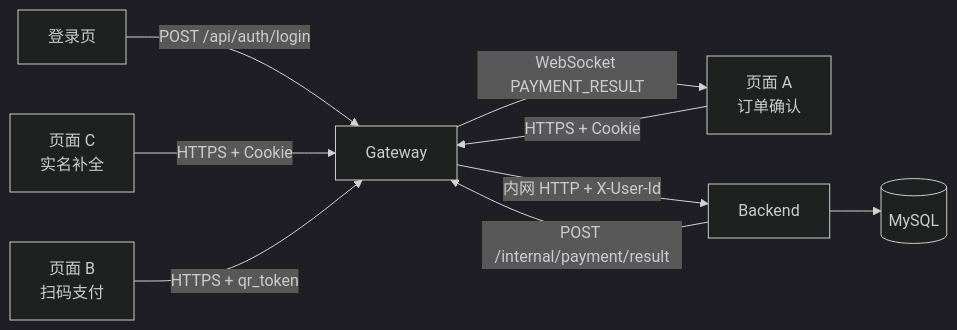
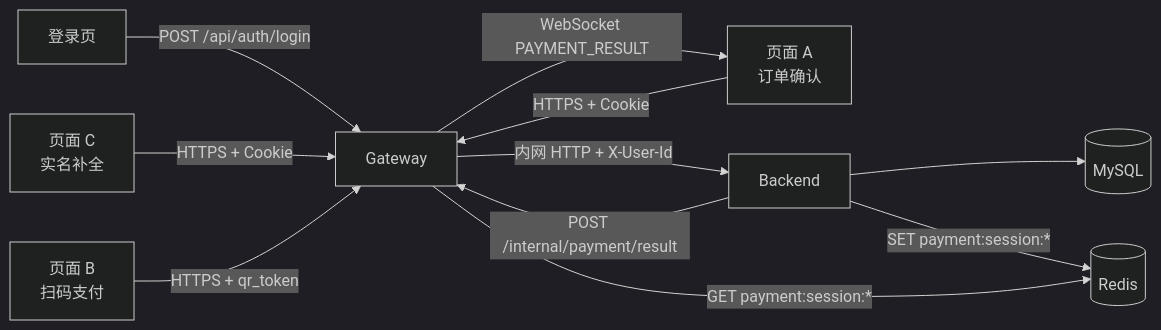
The diagram in 项目文档.md (XianShengZhou-bit/paid_server), drawn with Mermaid (dark theme) before and after one commit. The commit also changed other lines of this file and 55 other files, not shown here.

````diff
--- a/项目文档.md
+++ b/项目文档.md
@@ -63,12 +71,14 @@
 ```mermaid
 flowchart LR
     Login[登录页] -->|POST /api/auth/login| Gateway
     PageA[页面 A\n订单确认] -->|HTTPS + Cookie| Gateway
     PageC[页面 C\n实名补全] -->|HTTPS + Cookie| Gateway
     PageB[页面 B\n扫码支付] -->|HTTPS + qr_token| Gateway
 
     Gateway -->|内网 HTTP + X-User-Id| Backend
     Backend --> MySQL[(MySQL)]
+    Backend -->|SET payment:session:*| Redis[(Redis)]
+    Gateway -->|GET payment:session:*| Redis
     Backend -->|POST /internal/payment/result| Gateway
     Gateway -->|WebSocket PAYMENT_RESULT| PageA
 ```
````
